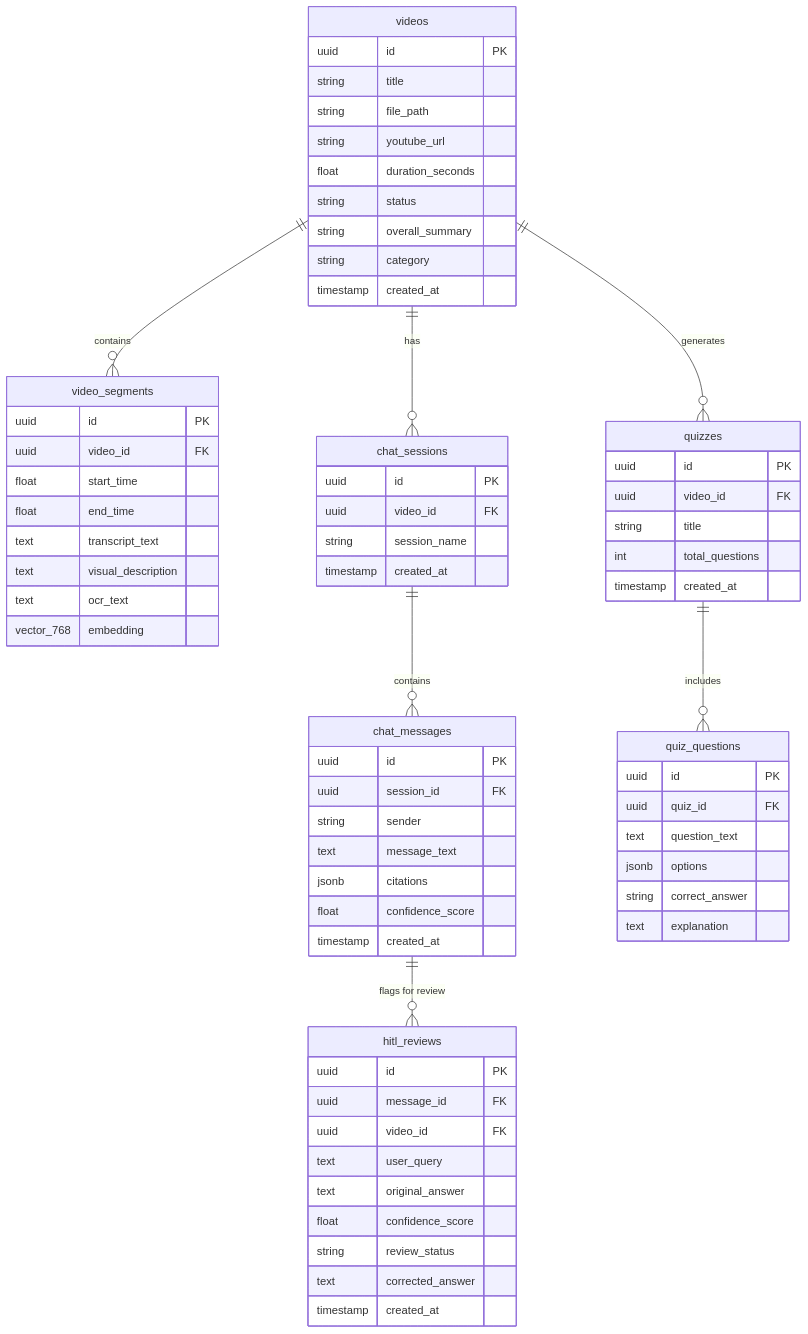
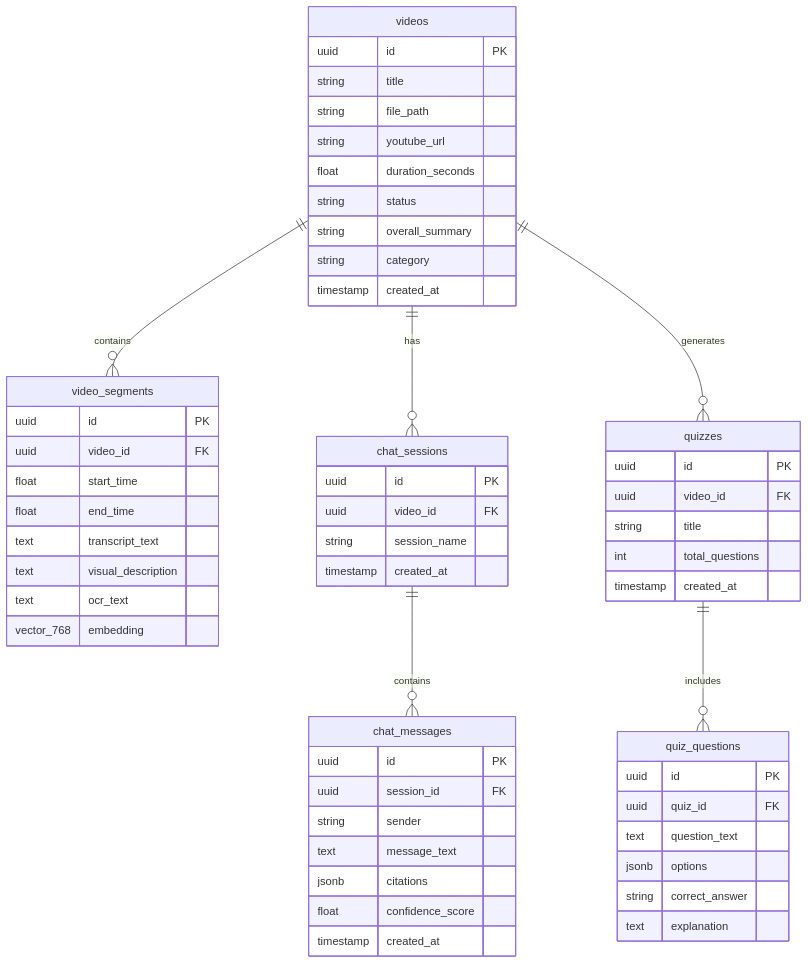
The fourth of 4 diagrams in ARCHITECTURE.md (Priy0704/AI_VIDEO_ANALYSER), drawn with Mermaid before and after one commit. The commit also changed other lines of this file, not shown here.

Commit message:
fix: refine architecture Mermaid diagrams to match exact codebase (Vanilla JS SPA, FastAPI, PostgreSQL, no HITL dashboard)

````diff
--- a/ARCHITECTURE.md
+++ b/ARCHITECTURE.md
@@ -182,78 +178,65 @@
 ```mermaid
 erDiagram
     videos ||--o{ video_segments : "contains"
     videos ||--o{ chat_sessions : "has"
     videos ||--o{ quizzes : "generates"
     chat_sessions ||--o{ chat_messages : "contains"
-    chat_messages ||--o{ hitl_reviews : "flags for review"
     quizzes ||--o{ quiz_questions : "includes"
 
     videos {
         uuid id PK
         string title
         string file_path
         string youtube_url
         float duration_seconds
         string status
         string overall_summary
         string category
         timestamp created_at
     }
 
     video_segments {
         uuid id PK
         uuid video_id FK
         float start_time
         float end_time
         text transcript_text
         text visual_description
         text ocr_text
         vector_768 embedding
     }
 
     chat_sessions {
         uuid id PK
         uuid video_id FK
         string session_name
         timestamp created_at
     }
 
     chat_messages {
         uuid id PK
         uuid session_id FK
         string sender
         text message_text
         jsonb citations
         float confidence_score
         timestamp created_at
     }
 
-    hitl_reviews {
-        uuid id PK
-        uuid message_id FK
-        uuid video_id FK
-        text user_query
-        text original_answer
-        float confidence_score
-        string review_status
-        text corrected_answer
-        timestamp created_at
-    }
-
     quizzes {
         uuid id PK
         uuid video_id FK
         string title
         int total_questions
         timestamp created_at
     }
 
     quiz_questions {
         uuid id PK
         uuid quiz_id FK
         text question_text
         jsonb options
         string correct_answer
         text explanation
     }
 ```
````
